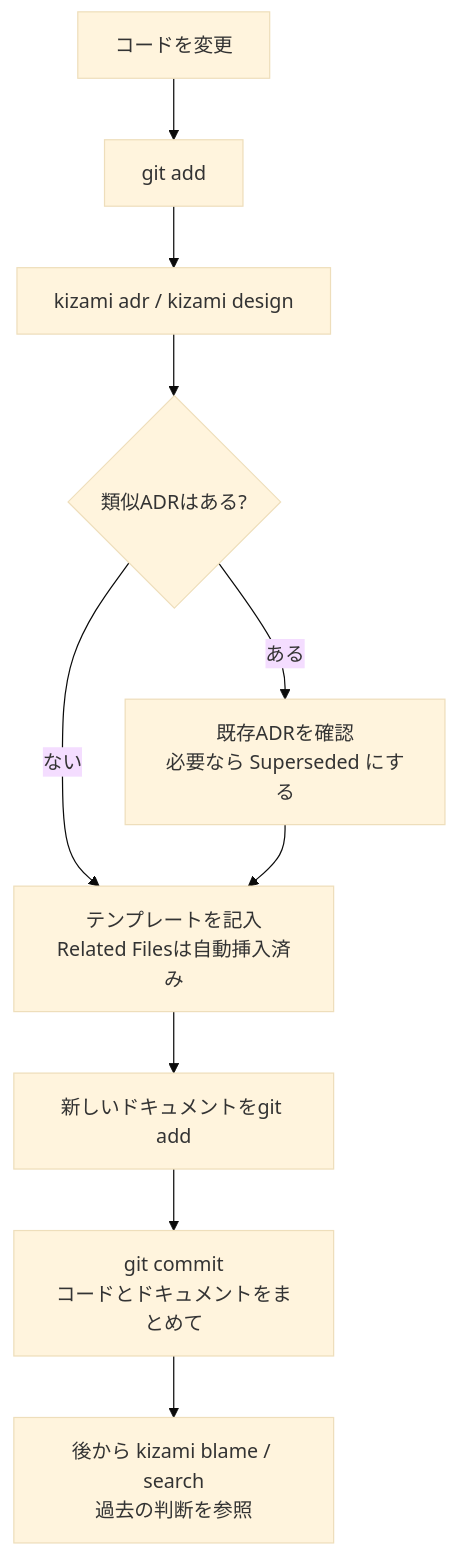
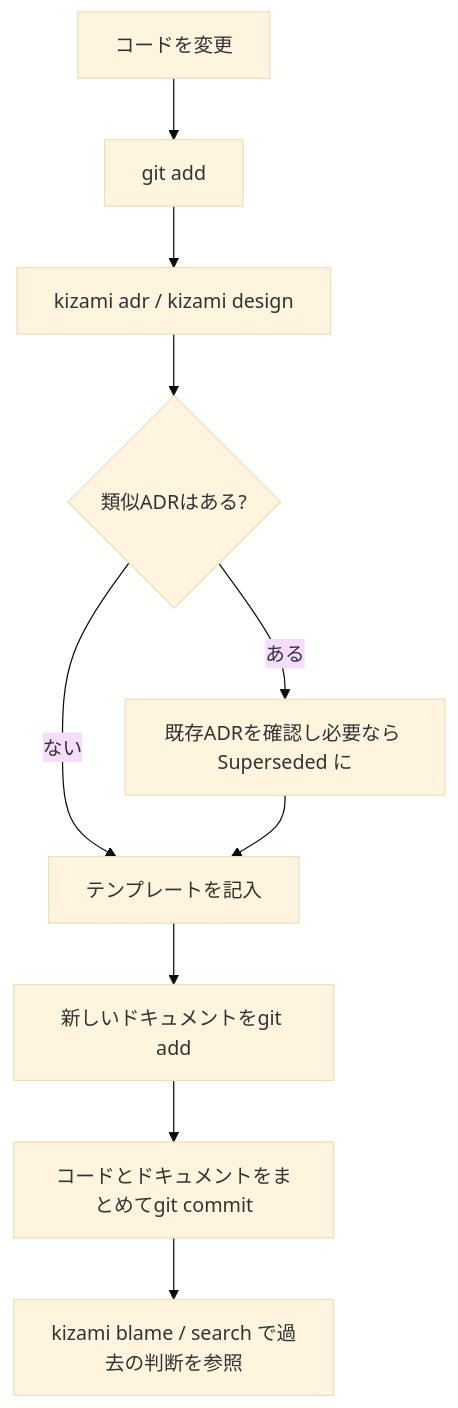
One commit to mskasa/declog changed the diagram in docs/site/ja/workflow.md. Above: the diagram before and after it, drawn with Mermaid (base theme). The commit also changed 1 other file, not shown here.

Commit message:
fix: remove \n line breaks from Mermaid node labels
\n in square-bracket labels is not supported in Mermaid v11 and
causes a syntax error. Simplify all multi-line labels to single lines.

```diff
--- a/docs/site/ja/workflow.md
+++ b/docs/site/ja/workflow.md
@@ -20,12 +20,12 @@
 <div class="mermaid">
 flowchart TD
     A[コードを変更] --> B[git add]
     B --> C[kizami adr / kizami design]
     C --> D{類似ADRはある?}
-    D -- ある --> E[既存ADRを確認\n必要なら Superseded にする]
-    D -- ない --> F[テンプレートを記入\nRelated Filesは自動挿入済み]
+    D -- ある --> E[既存ADRを確認し必要なら Superseded に]
+    D -- ない --> F[テンプレートを記入]
     E --> F
     F --> G[新しいドキュメントをgit add]
-    G --> H[git commit\nコードとドキュメントをまとめて]
-    H --> I[後から kizami blame / search\n過去の判断を参照]
+    G --> H[コードとドキュメントをまとめてgit commit]
+    H --> I[kizami blame / search で過去の判断を参照]
 </div>
```
